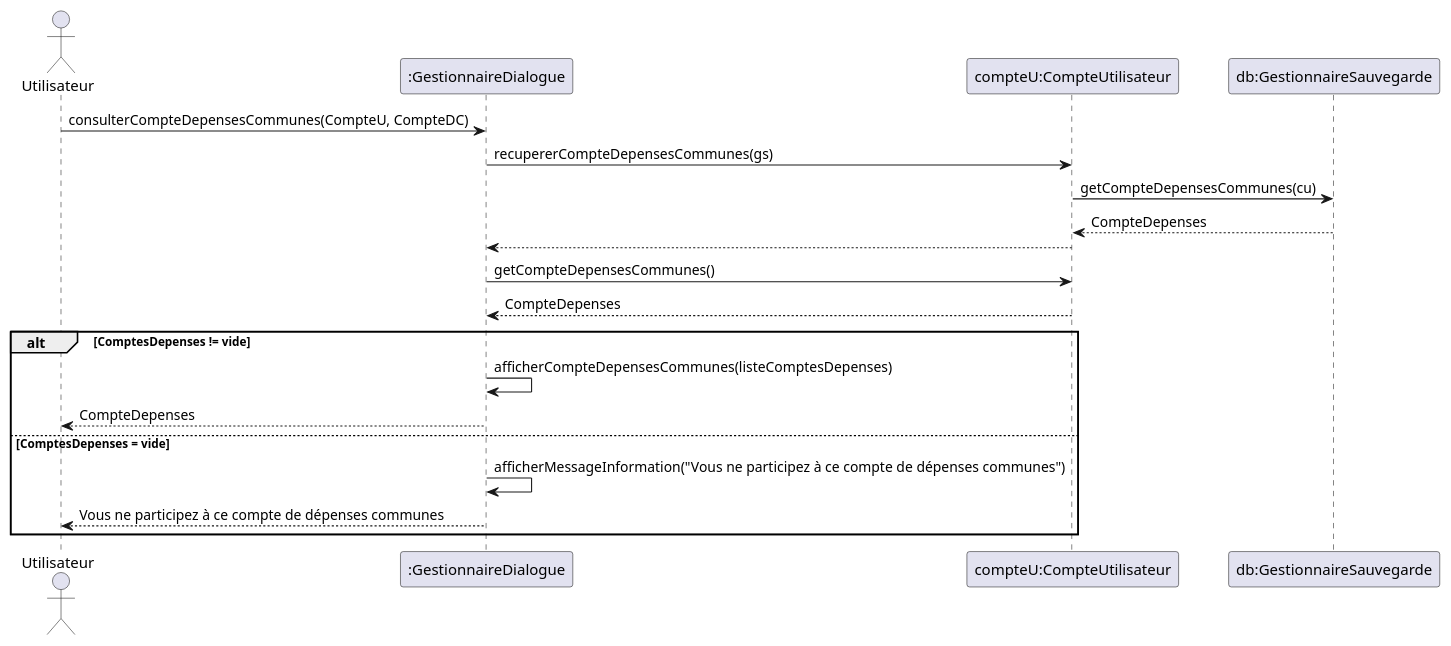
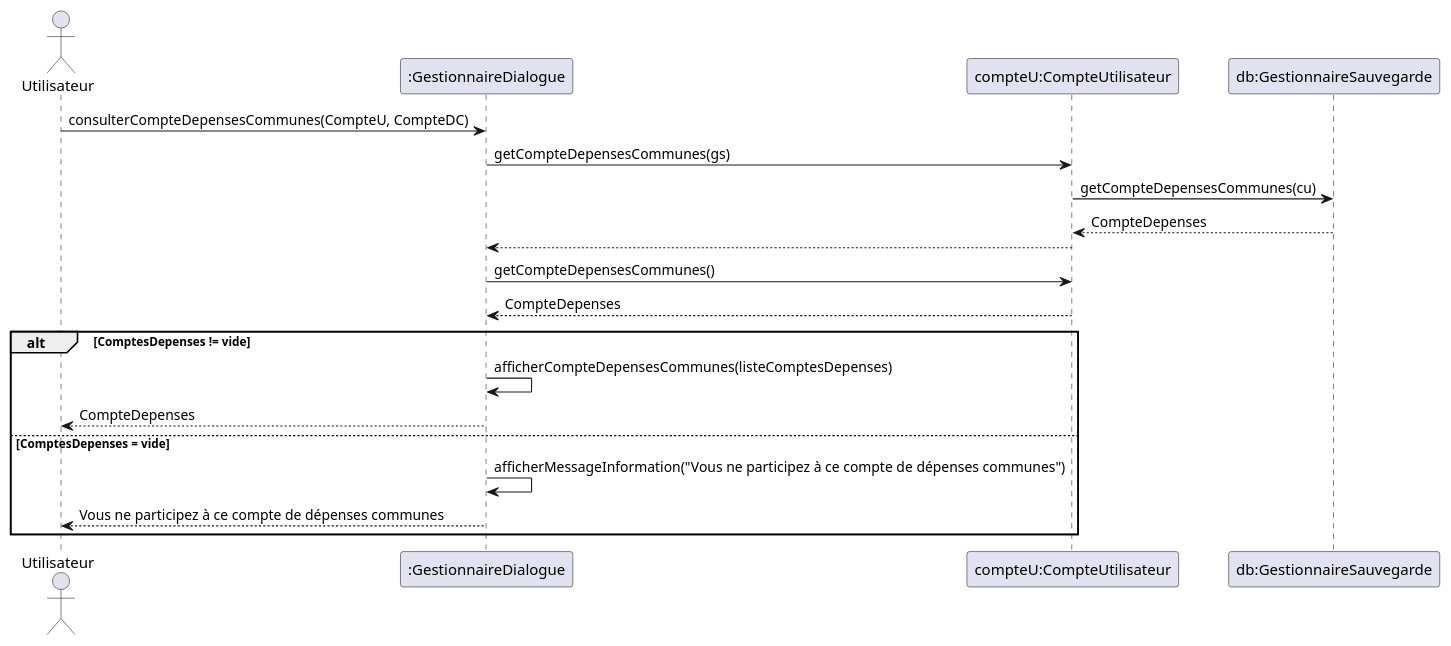
One commit to lmtb06/sharecount changed the diagram in diagrammes/conception/consulter-compte-depenses.puml. Above: the diagram before and after it, drawn with PlantUML. The commit also changed 3 other files, not shown here.

```diff
--- a/diagrammes/conception/consulter-compte-depenses.puml
+++ b/diagrammes/conception/consulter-compte-depenses.puml
@@ -1,30 +1,30 @@
 @startuml  Consulter un compte de dépenses
 
 'actor utilisateur as user
 'participant GestionnaireDialogue as gd
 'participant BaseDonnees as bd
 
 'user 	-> gd 	: Compte de dépenses communes
 'gd 		-> bd 	: GetDepenses(idCompteDepenses)
 'user 	<- gd 	: Liste des dépenses du compte affichant le motif,\n la date de la dépense, la somme, les participants concernés ainsi que leur part dans la dépense
 
 actor "Utilisateur" as us
 participant ":GestionnaireDialogue" as gd
 participant "compteU:CompteUtilisateur" as cu
 participant "db:GestionnaireSauvegarde" as gs
 
 us 	-> 	gd 	: consulterCompteDepensesCommunes(CompteU, CompteDC)
-gd 	-> 	cu 	: recupererCompteDepensesCommunes(gs)
+gd 	-> 	cu 	: getCompteDepensesCommunes(gs)
 cu 	->	gs 	: getCompteDepensesCommunes(cu)
 gs 	--> cu 	: CompteDepenses
 cu 	--> gd 	:
 gd 	-> 	cu 	: getCompteDepensesCommunes()
 cu 	--> gd 	: CompteDepenses
 alt ComptesDepenses != vide
 gd 	->	gd 	: afficherCompteDepensesCommunes(listeComptesDepenses)
 gd 	-->	us 	: CompteDepenses
 else ComptesDepenses = vide
 gd 	-> 	gd  : afficherMessageInformation("Vous ne participez à ce compte de dépenses communes")
 gd 	-->	us 	: Vous ne participez à ce compte de dépenses communes
 end
 @enduml
```
